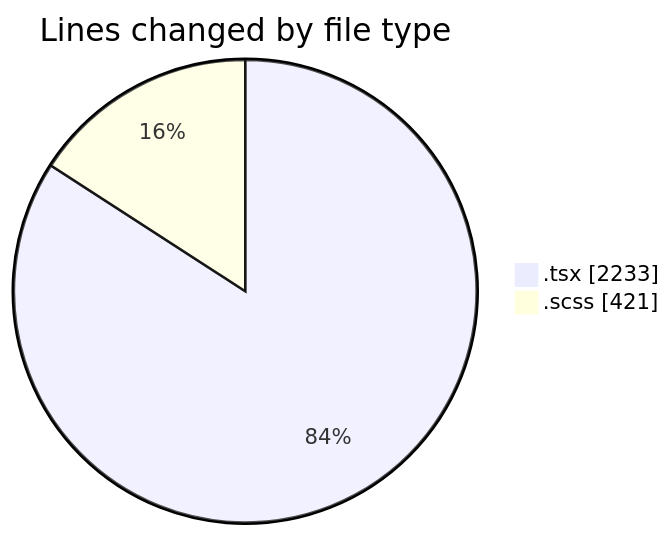
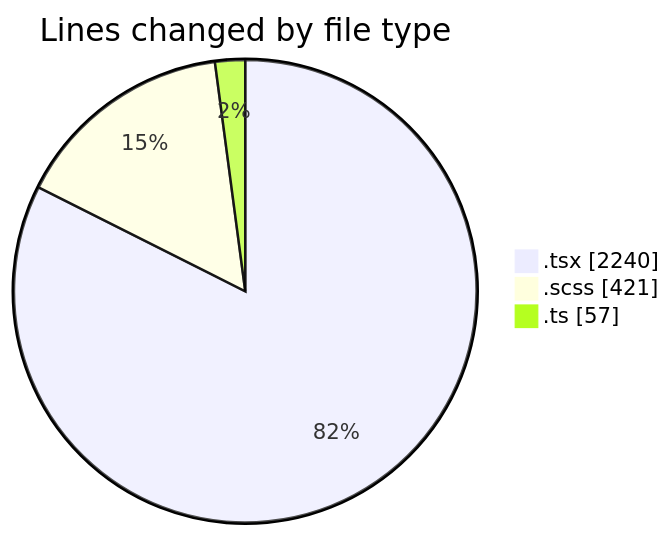
One commit to momahboobian/code-tracking changed the first of 2 diagrams in 2025-10-01/cda/README.md. Above: the diagram before and after it, drawn with Mermaid. The commit also changed other lines of this file and 1 other file, not shown here.

````diff
--- a/2025-10-01/cda/README.md
+++ b/2025-10-01/cda/README.md
@@ -25,6 +26,7 @@
 ```mermaid
 pie showData
 title Lines changed by file type
-".tsx" : 2233
+".tsx" : 2240
 ".scss" : 421
+".ts" : 57
 ```
````
